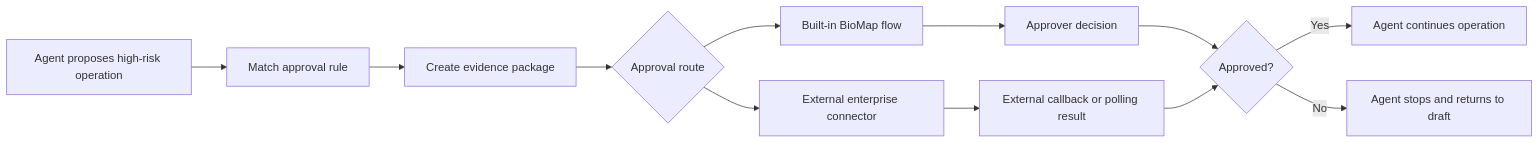
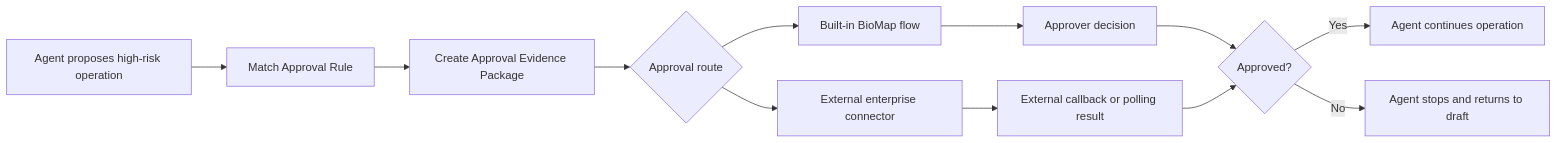
The diagram in docs/superpowers/specs/2026-06-15-approval-center-design.md (Govudw/shengwudemo), drawn with Mermaid before and after one commit. The commit also changed other lines of this file and 2 other files, not shown here.

Commit message:
Refine approval center domain model

````diff
--- a/docs/superpowers/specs/2026-06-15-approval-center-design.md
+++ b/docs/superpowers/specs/2026-06-15-approval-center-design.md
@@ -423,14 +463,14 @@
 ```mermaid
 flowchart LR
-  A["Agent proposes high-risk operation"] --> B["Match approval rule"]
-  B --> C["Create evidence package"]
+  A["Agent proposes high-risk operation"] --> B["Match Approval Rule"]
+  B --> C["Create Approval Evidence Package"]
   C --> D{"Approval route"}
   D --> E["Built-in BioMap flow"]
   D --> F["External enterprise connector"]
   E --> G["Approver decision"]
   F --> H["External callback or polling result"]
   G --> I{"Approved?"}
   H --> I
   I -->|Yes| J["Agent continues operation"]
   I -->|No| K["Agent stops and returns to draft"]
 ```
````
